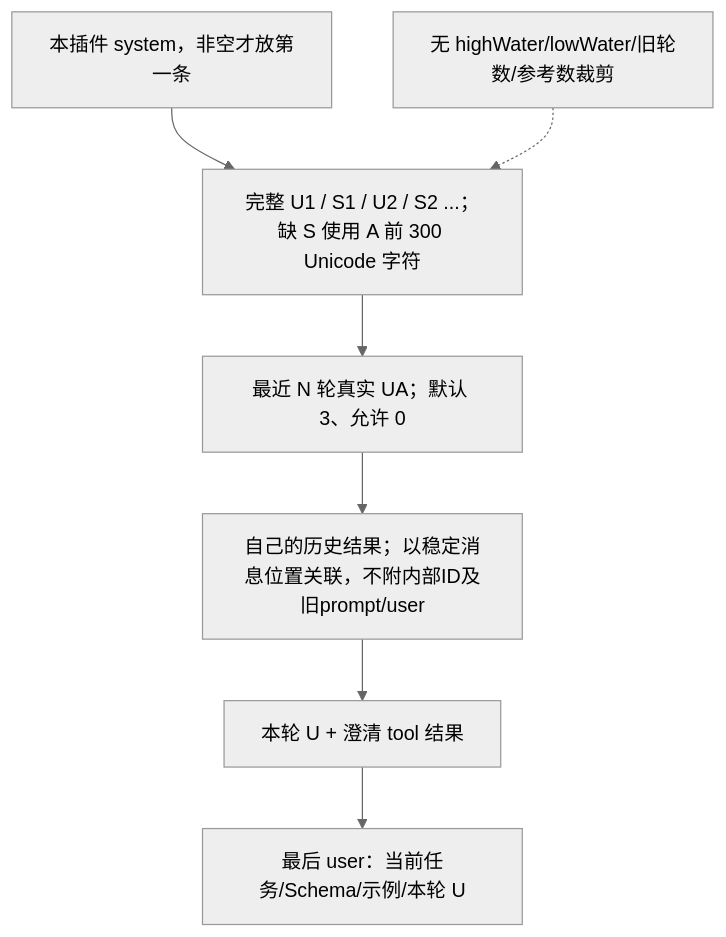
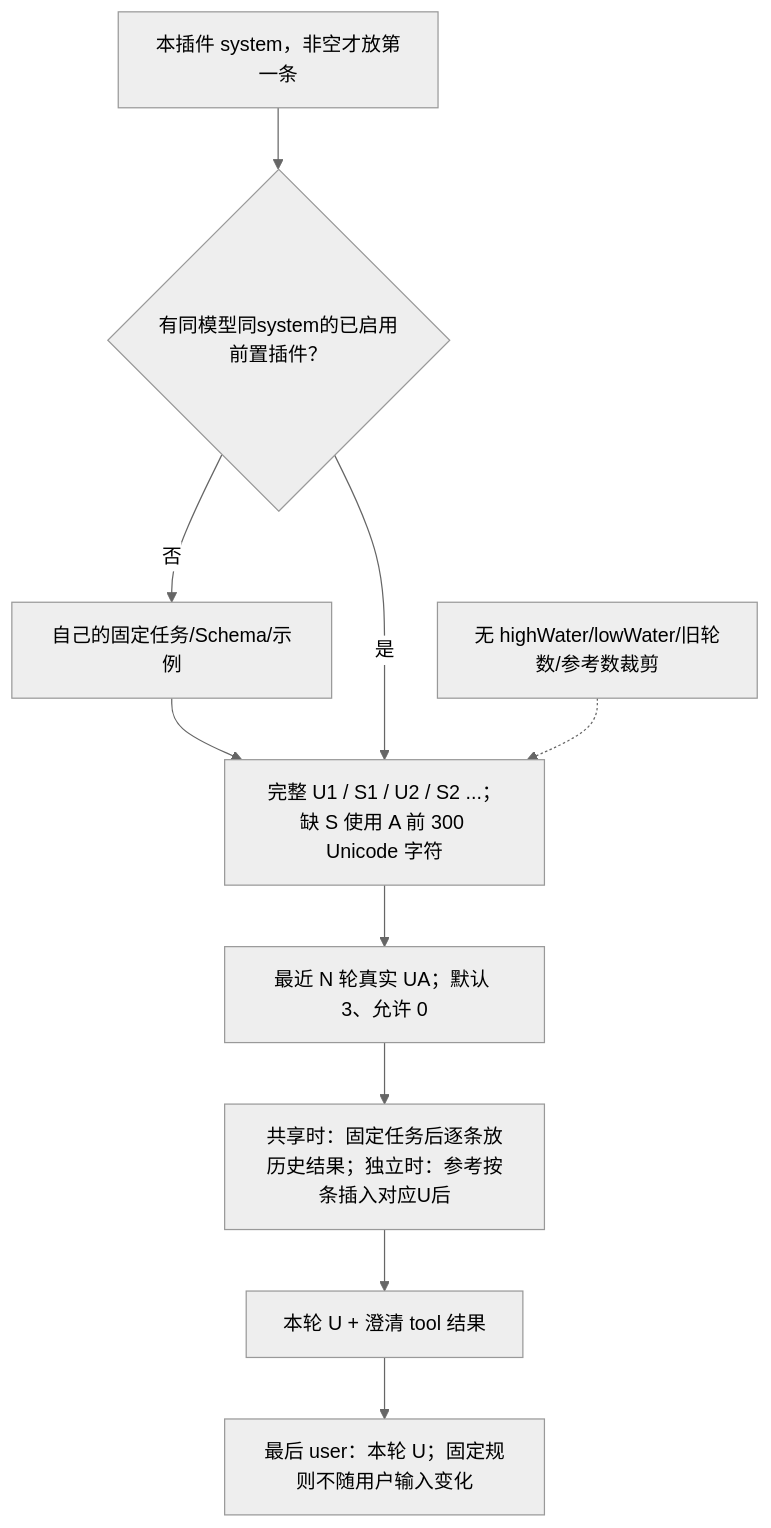
One commit to ccawmiku/workers-chat changed the first of 2 diagrams in docs/PLUGIN_CONTEXT.md. Above: the diagram before and after it, drawn with Mermaid (neutral theme). The commit also changed other lines of this file and 33 other files, not shown here.

````diff
--- a/docs/PLUGIN_CONTEXT.md
+++ b/docs/PLUGIN_CONTEXT.md
@@ -16,9 +16,12 @@
 ```mermaid
 flowchart TD
-    S[本插件 system，非空才放第一条] --> H[完整 U1 / S1 / U2 / S2 ...；缺 S 使用 A 前 300 Unicode 字符]
+    S[本插件 system，非空才放第一条] --> Peer{有同模型同system的已启用前置插件？}
+    Peer -->|否| Fixed[自己的固定任务/Schema/示例]
+    Fixed --> H[完整 U1 / S1 / U2 / S2 ...；缺 S 使用 A 前 300 Unicode 字符]
+    Peer -->|是| H
     H --> Raw[最近 N 轮真实 UA；默认 3、允许 0]
-    Raw --> R[自己的历史结果；以稳定消息位置关联，不附内部ID及旧prompt/user]
+    Raw --> R[共享时：固定任务后逐条放历史结果；独立时：参考按条插入对应U后]
     R --> C[本轮 U + 澄清 tool 结果]
-    C --> T[最后 user：当前任务/Schema/示例/本轮 U]
+    C --> T[最后 user：本轮 U；固定规则不随用户输入变化]
     W[无 highWater/lowWater/旧轮数/参考数裁剪] -.-> H
 ```
````
